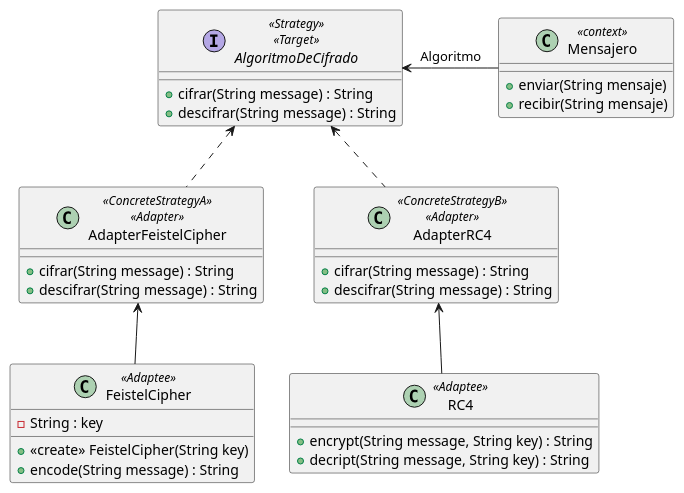
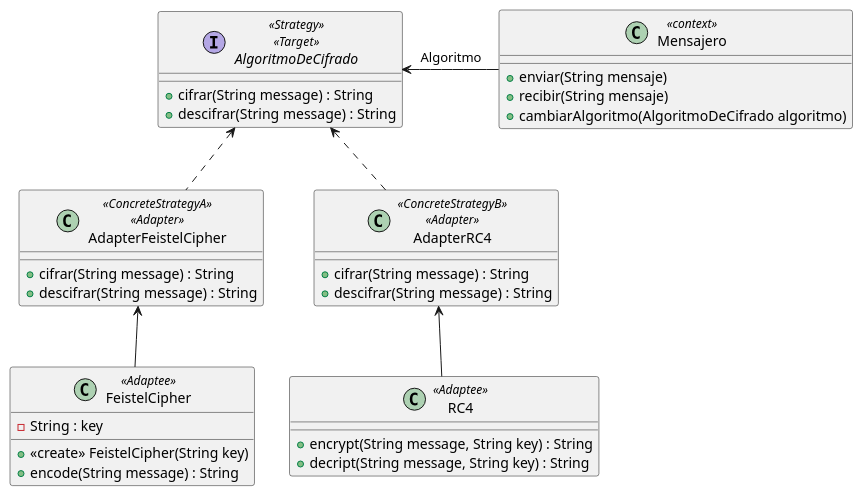
The diagram in Objetos 2/UMLs/Ejercicio10Patrones.puml (BautistaMarquez/Tercero-PrimerCuatrimestre), drawn with PlantUML before and after one commit.

```diff
--- a/Objetos 2/UMLs/Ejercicio10Patrones.puml
+++ b/Objetos 2/UMLs/Ejercicio10Patrones.puml
@@ -1,40 +1,41 @@
 @startuml Ejercicio10 
 
 AlgoritmoDeCifrado <- Mensajero : Algoritmo
 AlgoritmoDeCifrado <.. AdapterFeistelCipher
 AlgoritmoDeCifrado <.. AdapterRC4
 AdapterRC4 <-- RC4
 AdapterFeistelCipher <-- FeistelCipher
 
 class Mensajero <<context>>{
     +enviar(String mensaje)
     +recibir(String mensaje)
+    +cambiarAlgoritmo(AlgoritmoDeCifrado algoritmo)
 }
 'El algoritmo de cifrado generaria la key?'
 Interface AlgoritmoDeCifrado <<Strategy>> <<Target>>{
     +cifrar(String message) : String 
     +descifrar(String message) : String 
 }
 
 class AdapterFeistelCipher <<ConcreteStrategyA>> <<Adapter>>{
     +cifrar(String message) : String 
     +descifrar(String message) : String 
 }
 
 class AdapterRC4 <<ConcreteStrategyB>> <<Adapter>>{
     +cifrar(String message) : String 
     +descifrar(String message) : String 
 }
 
 class FeistelCipher <<Adaptee>>{
     -String : key
     +<<create>> FeistelCipher(String key)
     +encode(String message) : String
 }
 
 class RC4 <<Adaptee>>{
     +encrypt(String message, String key) : String
     +decript(String message, String key) : String
 }
 
 @enduml
```
